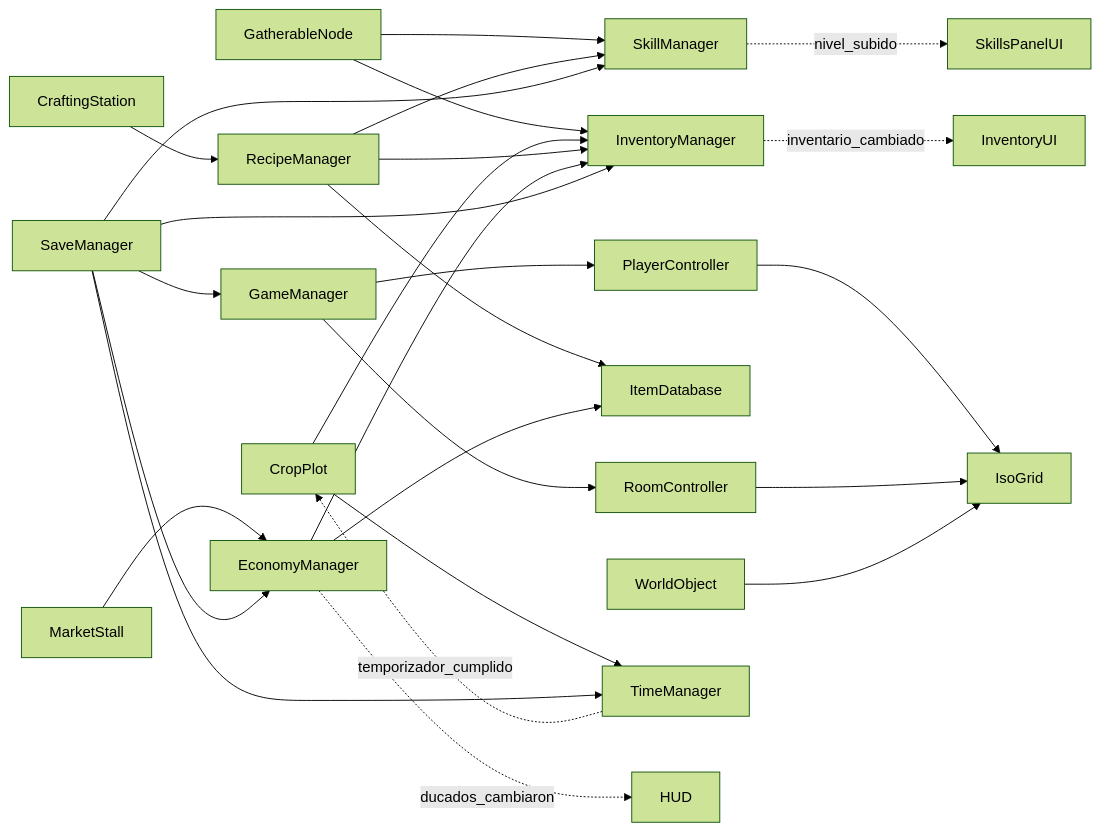
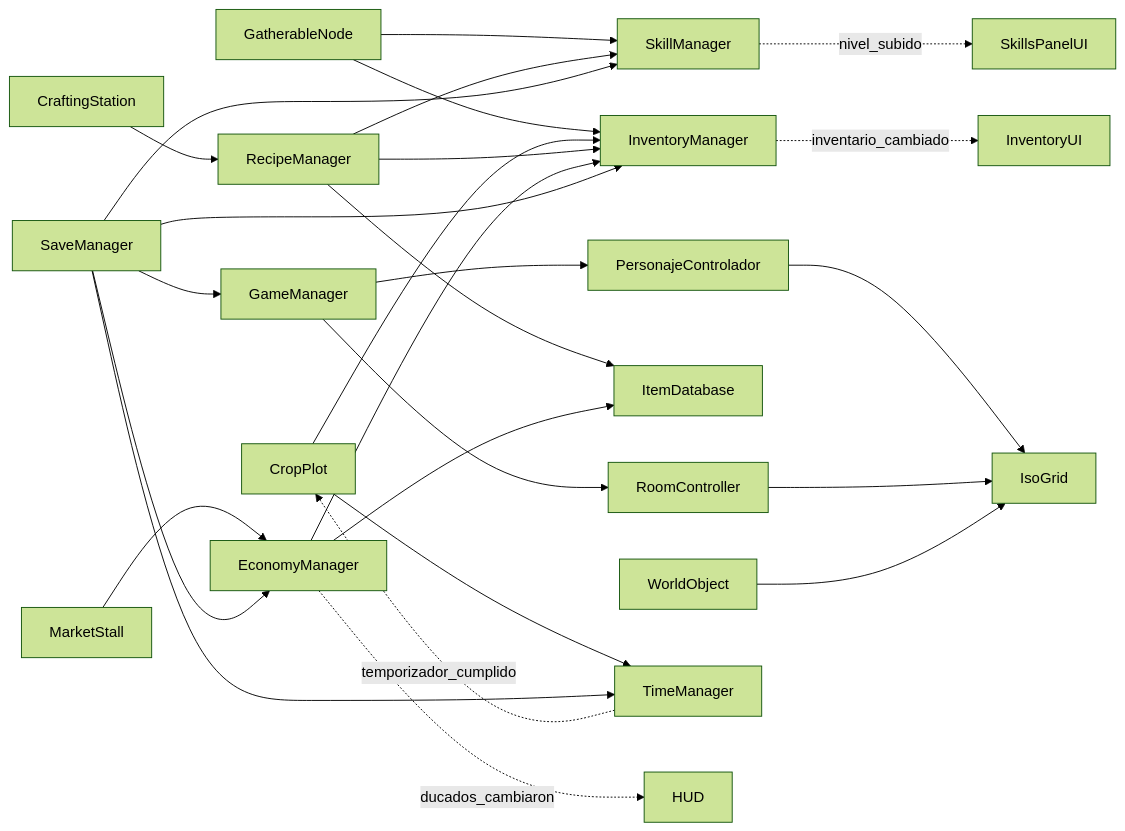
One commit to MumiolaDev/MumiolaCity changed the second of 9 diagrams in docs/SISTEMAS.md. Above: the diagram before and after it, drawn with Mermaid (forest theme). The commit also changed other lines of this file and 5 other files, not shown here.

````diff
--- a/docs/SISTEMAS.md
+++ b/docs/SISTEMAS.md
@@ -54,47 +54,47 @@
 ```mermaid
 flowchart LR
-  Player[PlayerController]
+  Player[PersonajeControlador]
   Grid[IsoGrid]
   Room[RoomController]
   WObj[WorldObject]
   Gather[GatherableNode]
   Crop[CropPlot]
   Station[CraftingStation]
   Stall[MarketStall]
 
   GM[GameManager]
   IDB[ItemDatabase]
   Inv[InventoryManager]
   Skill[SkillManager]
   Rec[RecipeManager]
   TM[TimeManager]
   Eco[EconomyManager]
   Save[SaveManager]
 
   Player --> Grid
   Room --> Grid
   WObj --> Grid
   Gather --> Inv
   Gather --> Skill
   Crop --> TM
   Crop --> Inv
   Station --> Rec
   Stall --> Eco
   Rec --> Inv
   Rec --> Skill
   Rec --> IDB
   Eco --> Inv
   Eco --> IDB
   GM --> Room
   GM --> Player
   Save --> Inv
   Save --> Skill
   Save --> Eco
   Save --> TM
   Save --> GM
 
   Inv -. inventario_cambiado .-> UIInv[InventoryUI]
   Skill -. nivel_subido .-> UISkill[SkillsPanelUI]
   Eco -. ducados_cambiaron .-> HUD
   TM -. temporizador_cumplido .-> Crop
 ```
````
